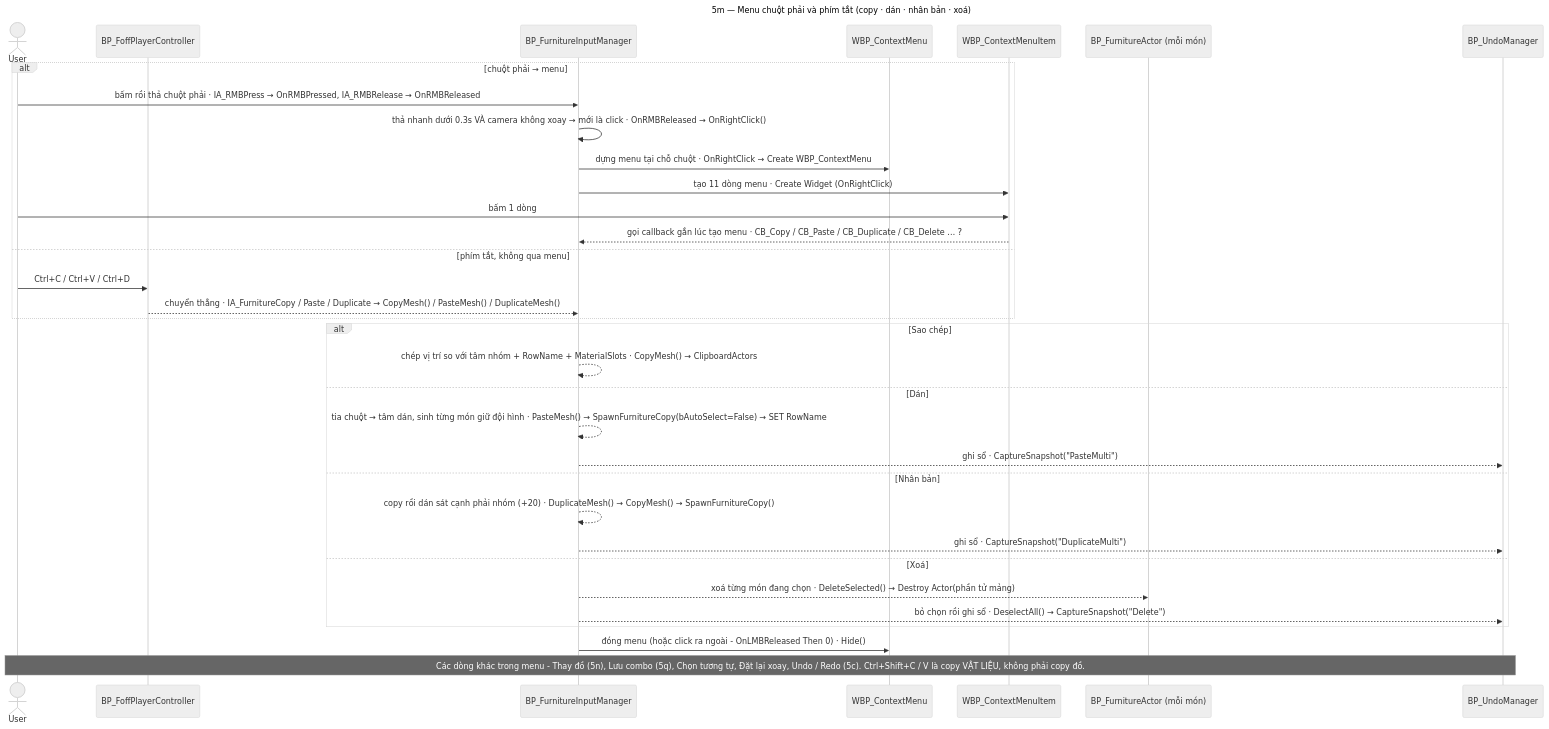
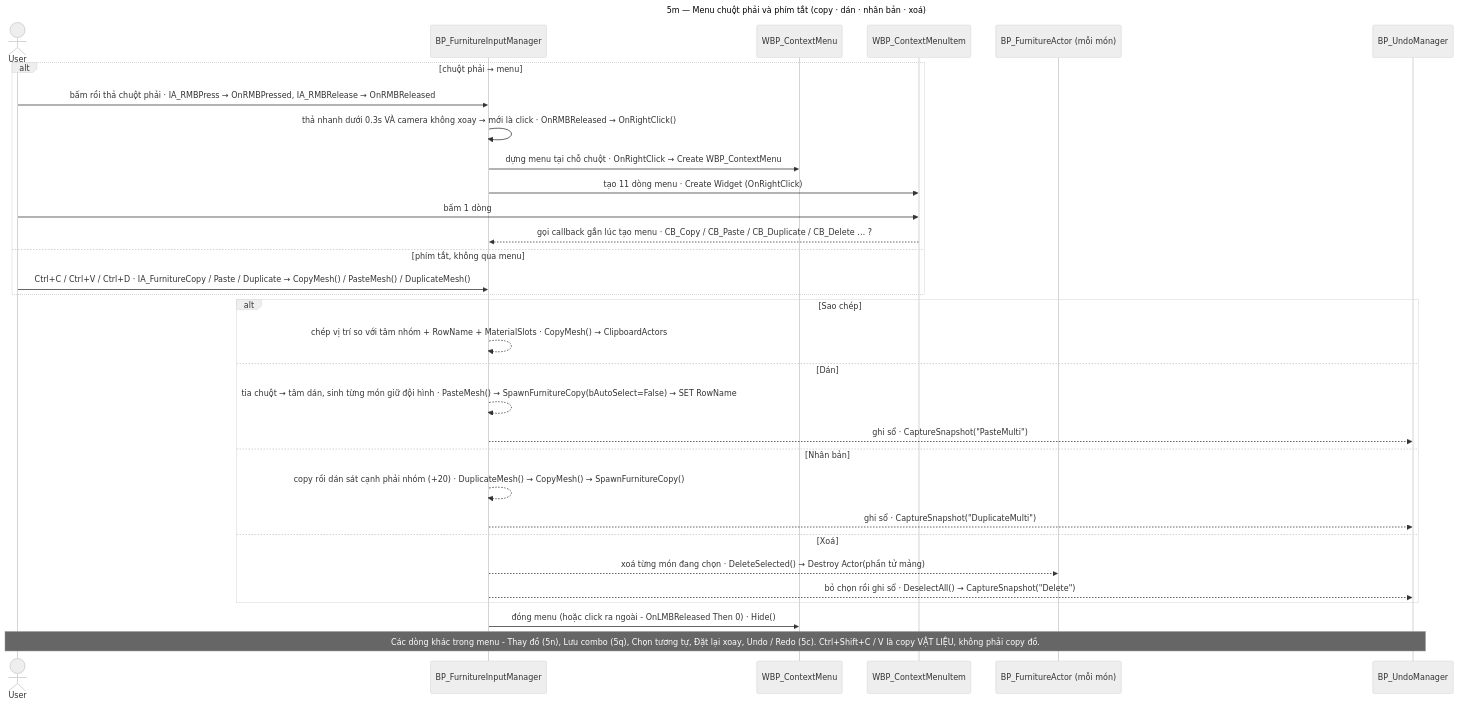
Diagram 19 of 26 in docs/00_Core/Architecture_Map.md (olivercu04/UE5_InteriorTool_Docs), drawn with Mermaid (neutral theme) before and after one commit. The commit also changed other lines of this file and 30 other files, not shown here.

````diff
--- a/docs/00_Core/Architecture_Map.md
+++ b/docs/00_Core/Architecture_Map.md
@@ -1288,38 +1289,36 @@
 ```mermaid
 ---
 title: "5m — Menu chuột phải và phím tắt (copy · dán · nhân bản · xoá)"
 ---
 sequenceDiagram
   actor U as User
-  participant PC as BP_FoffPlayerController
   participant IM as BP_FurnitureInputManager
   participant CTX as WBP_ContextMenu
   participant CI as WBP_ContextMenuItem
   participant FA as BP_FurnitureActor (mỗi món)
   participant UM as BP_UndoManager
   alt chuột phải → menu
     U->>IM: bấm rồi thả chuột phải · IA_RMBPress → OnRMBPressed, IA_RMBRelease → OnRMBReleased
     IM->>IM: thả nhanh dưới 0.3s VÀ camera không xoay → mới là click · OnRMBReleased → OnRightClick()
     IM->>CTX: dựng menu tại chỗ chuột · OnRightClick → Create WBP_ContextMenu
     IM->>CI: tạo 11 dòng menu · Create Widget (OnRightClick)
     U->>CI: bấm 1 dòng
     CI-->>IM: gọi callback gắn lúc tạo menu · CB_Copy / CB_Paste / CB_Duplicate / CB_Delete … ?
   else phím tắt, không qua menu
-    U->>PC: Ctrl+C / Ctrl+V / Ctrl+D
-    PC-->>IM: chuyển thẳng · IA_FurnitureCopy / Paste / Duplicate → CopyMesh() / PasteMesh() / DuplicateMesh()
+    U->>IM: Ctrl+C / Ctrl+V / Ctrl+D · IA_FurnitureCopy / Paste / Duplicate → CopyMesh() / PasteMesh() / DuplicateMesh()
   end
   alt Sao chép
     IM-->>IM: chép vị trí so với tâm nhóm + RowName + MaterialSlots · CopyMesh() → ClipboardActors
   else Dán
     IM-->>IM: tia chuột → tâm dán, sinh từng món giữ đội hình · PasteMesh() → SpawnFurnitureCopy(bAutoSelect=False) → SET RowName
     IM-->>UM: ghi sổ · CaptureSnapshot("PasteMulti")
   else Nhân bản
     IM-->>IM: copy rồi dán sát cạnh phải nhóm (+20) · DuplicateMesh() → CopyMesh() → SpawnFurnitureCopy()
     IM-->>UM: ghi sổ · CaptureSnapshot("DuplicateMulti")
   else Xoá
     IM-->>FA: xoá từng món đang chọn · DeleteSelected() → Destroy Actor(phần tử mảng)
     IM-->>UM: bỏ chọn rồi ghi sổ · DeselectAll() → CaptureSnapshot("Delete")
   end
   IM->>CTX: đóng menu (hoặc click ra ngoài - OnLMBReleased Then 0) · Hide()
   Note over U,UM: Các dòng khác trong menu - Thay đồ (5n), Lưu combo (5q), Chọn tương tự, Đặt lại xoay, Undo / Redo (5c). Ctrl+Shift+C / V là copy VẬT LIỆU, không phải copy đồ.
 ```
````
